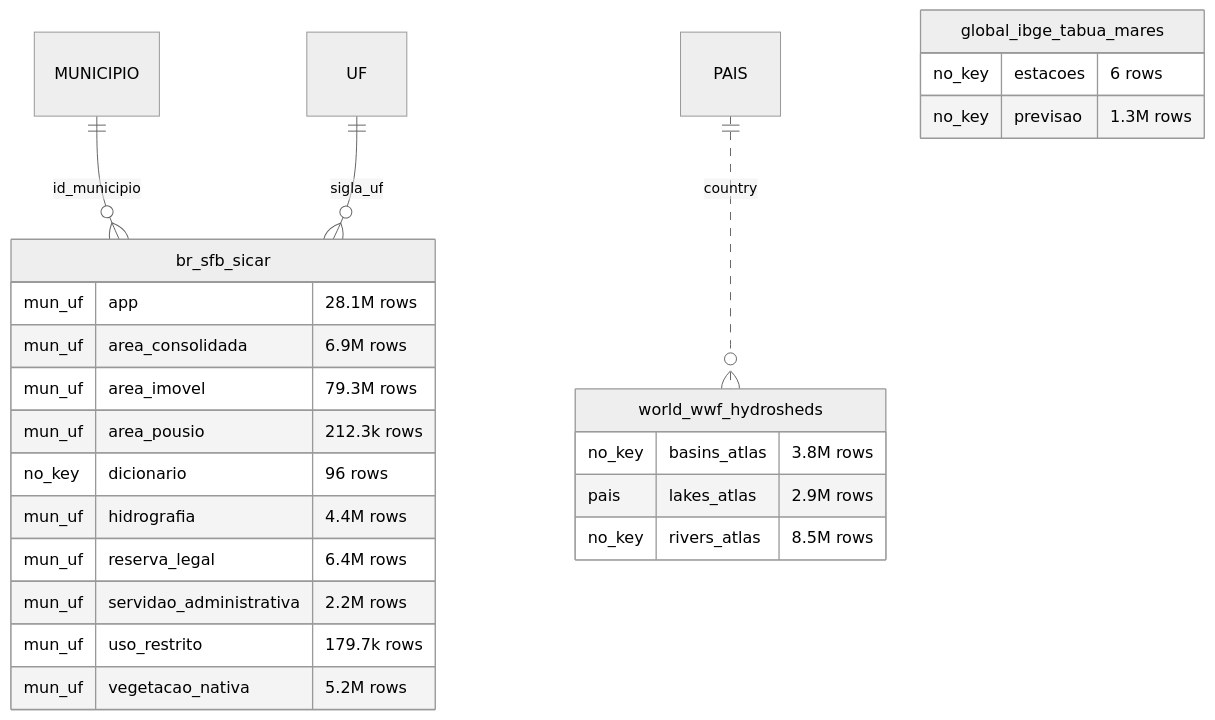
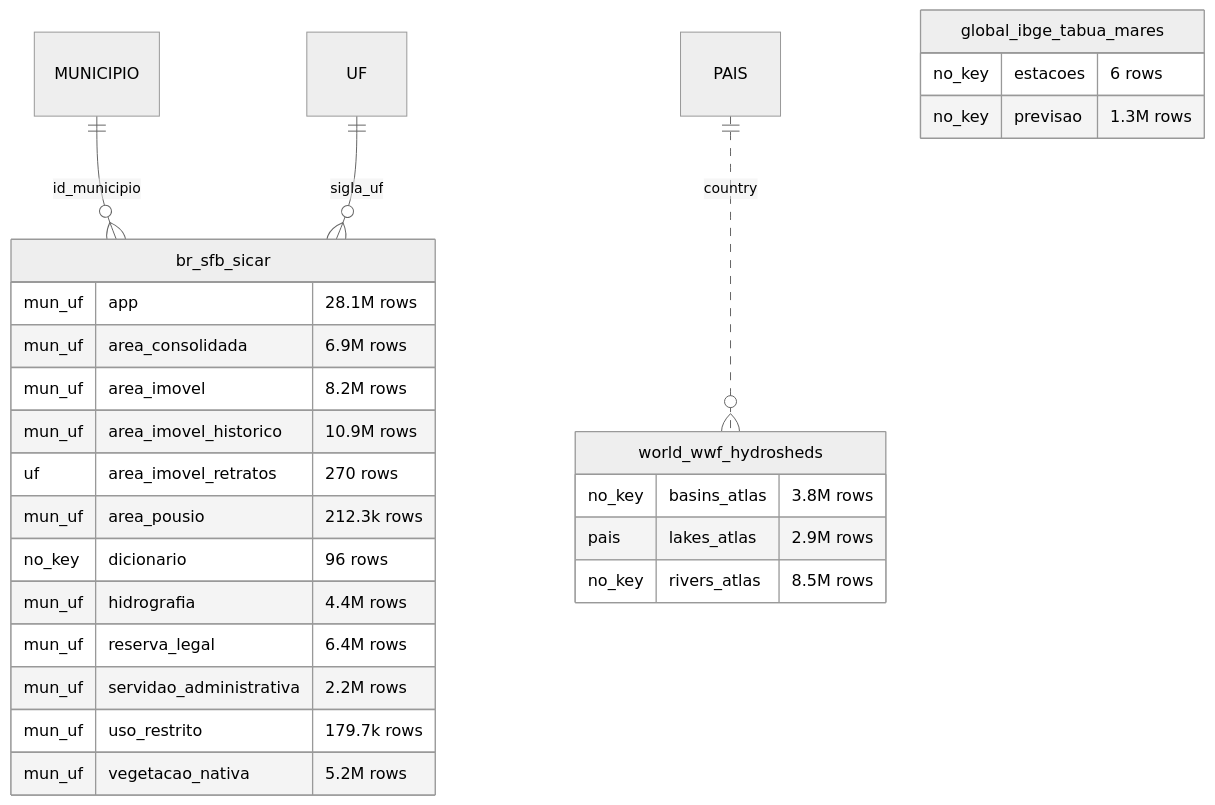
Before and after one commit to rafapolo/rodado: diagram 25 of 37 in docs/mapa/ERD_EN.md, drawn with Mermaid (neutral theme). The commit also changed other lines of this file and 40 other files, not shown here.

````diff
--- a/docs/mapa/ERD_EN.md
+++ b/docs/mapa/ERD_EN.md
@@ -2346,27 +2346,29 @@
 ```mermaid
 erDiagram
     MUNICIPIO ||--o{ br_sfb_sicar : "id_municipio"
     UF ||--o{ br_sfb_sicar : "sigla_uf"
     PAIS ||..o{ world_wwf_hydrosheds : "country"
     br_sfb_sicar {
         mun_uf app "28.1M rows"
         mun_uf area_consolidada "6.9M rows"
-        mun_uf area_imovel "79.3M rows"
+        mun_uf area_imovel "8.2M rows"
+        mun_uf area_imovel_historico "10.9M rows"
+        uf area_imovel_retratos "270 rows"
         mun_uf area_pousio "212.3k rows"
         no_key dicionario "96 rows"
         mun_uf hidrografia "4.4M rows"
         mun_uf reserva_legal "6.4M rows"
         mun_uf servidao_administrativa "2.2M rows"
         mun_uf uso_restrito "179.7k rows"
         mun_uf vegetacao_nativa "5.2M rows"
     }
     global_ibge_tabua_mares {
         no_key estacoes "6 rows"
         no_key previsao "1.3M rows"
     }
     world_wwf_hydrosheds {
         no_key basins_atlas "3.8M rows"
         pais lakes_atlas "2.9M rows"
         no_key rivers_atlas "8.5M rows"
     }
 ```
````
